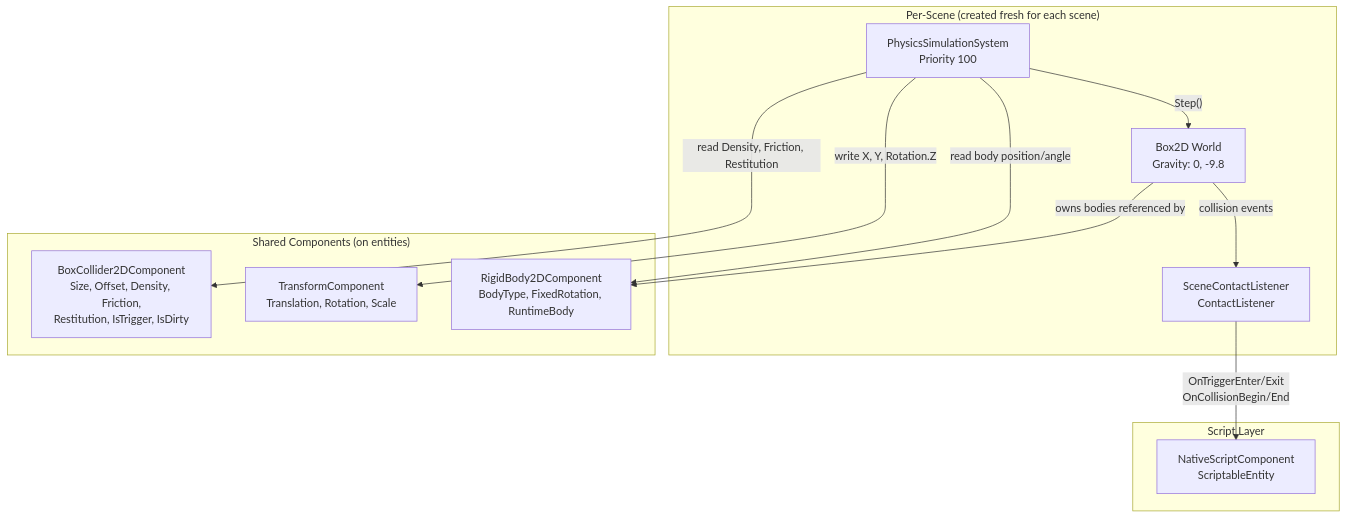
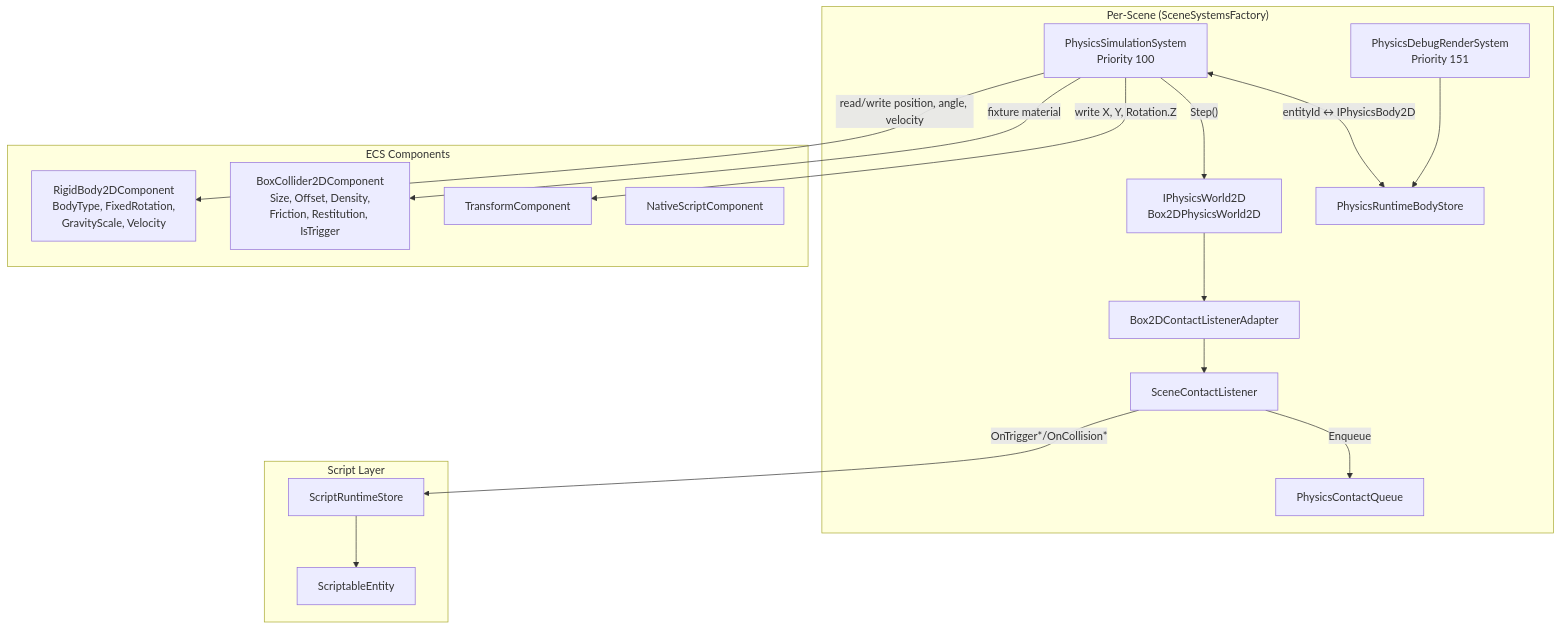
The first of 4 diagrams in docs/architecture/physics-system.md (kateusz/GameEngine), drawn with Mermaid before and after one commit. The commit also changed other lines of this file and 25 other files, not shown here.

````diff
--- a/docs/architecture/physics-system.md
+++ b/docs/architecture/physics-system.md
@@ -7,26 +9,36 @@
 ```mermaid
 graph TB
-    subgraph "Per-Scene (created fresh for each scene)"
+    subgraph "Per-Scene (SceneSystemsFactory)"
         PSS[PhysicsSimulationSystem<br/>Priority 100]
-        BW[Box2D World<br/>Gravity: 0, -9.8]
-        SCL[SceneContactListener<br/>ContactListener]
+        PDR[PhysicsDebugRenderSystem<br/>Priority 151]
+        PW[IPhysicsWorld2D<br/>Box2DPhysicsWorld2D]
+        BS[PhysicsRuntimeBodyStore]
+        CQ[PhysicsContactQueue]
+        SCL[SceneContactListener]
+        CLA[Box2DContactListenerAdapter]
     end
 
-    subgraph "Shared Components (on entities)"
-        RB[RigidBody2DComponent<br/>BodyType, FixedRotation, RuntimeBody]
-        BC[BoxCollider2DComponent<br/>Size, Offset, Density, Friction,<br/>Restitution, IsTrigger, IsDirty]
-        TC[TransformComponent<br/>Translation, Rotation, Scale]
+    subgraph "ECS Components"
+        RB[RigidBody2DComponent<br/>BodyType, FixedRotation,<br/>GravityScale, Velocity]
+        BC[BoxCollider2DComponent<br/>Size, Offset, Density,<br/>Friction, Restitution, IsTrigger]
+        TC[TransformComponent]
+        NSC[NativeScriptComponent]
     end
 
     subgraph "Script Layer"
-        NSC[NativeScriptComponent<br/>ScriptableEntity]
+        SRS[ScriptRuntimeStore]
+        SE[ScriptableEntity]
     end
 
-    PSS -->|"Step()"| BW
-    BW -->|collision events| SCL
-    SCL -->|"OnTriggerEnter/Exit<br/>OnCollisionBegin/End"| NSC
-    PSS -->|"read body position/angle"| RB
+    PSS -->|"Step()"| PW
+    PW --> CLA
+    CLA --> SCL
+    SCL -->|"Enqueue"| CQ
+    SCL -->|"OnTrigger*/OnCollision*"| SRS
+    SRS --> SE
+    PSS <-->|"entityId ↔ IPhysicsBody2D"| BS
+    PSS -->|"read/write position, angle, velocity"| RB
     PSS -->|"write X, Y, Rotation.Z"| TC
-    PSS -->|"read Density, Friction, Restitution"| BC
-    BW -->|"owns bodies referenced by"| RB
+    PSS -->|"fixture material"| BC
+    PDR --> BS
 ```
````
